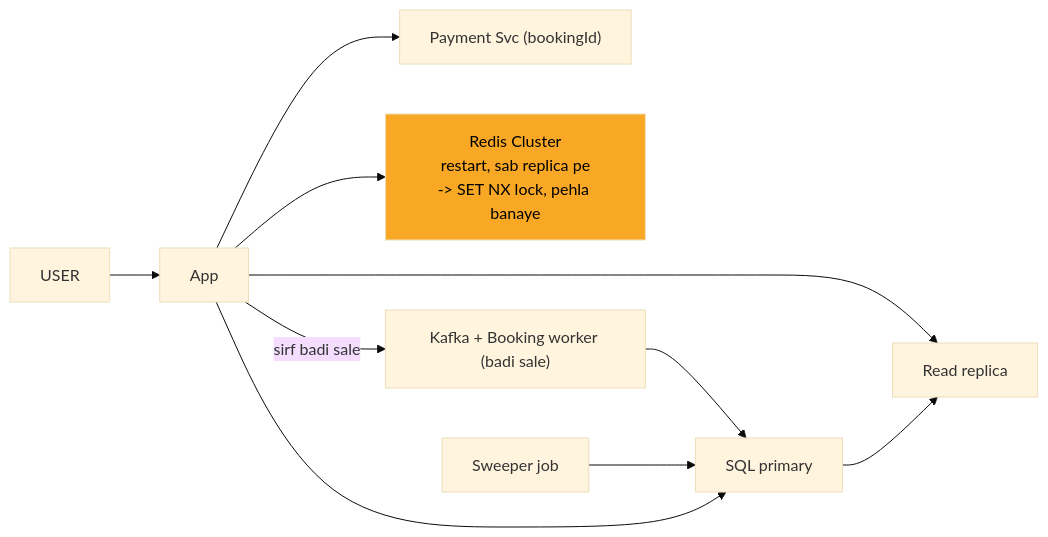
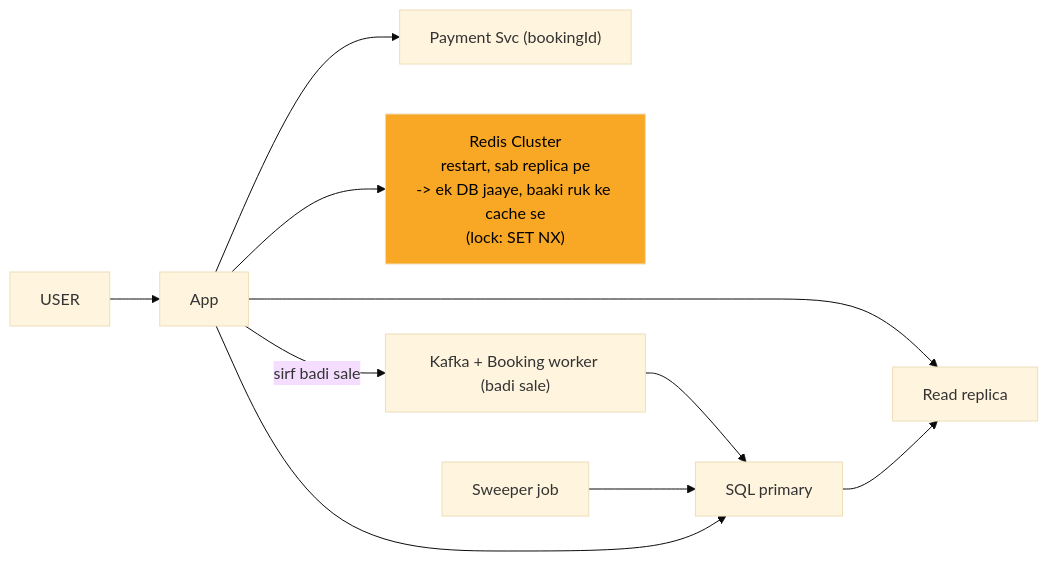
The seventh of 9 diagrams in 04_HLD/SYSTEM_DESIGNS/09_bookmyshow/09_bookmyshow_INTERVIEW.md (ArpanMaheshwari144/Prep), drawn with Mermaid (base theme) before and after one commit. The commit also changed other lines of this file and 13 other files, not shown here.

````diff
--- a/04_HLD/SYSTEM_DESIGNS/09_bookmyshow/09_bookmyshow_INTERVIEW.md
+++ b/04_HLD/SYSTEM_DESIGNS/09_bookmyshow/09_bookmyshow_INTERVIEW.md
@@ -247,21 +247,21 @@
 ```mermaid
 flowchart LR
     n_USER["USER"]
     n_App["App"]
     n_Payment_Svc["Payment Svc (bookingId)"]
-    n_Redis["Redis Cluster<br/>restart, sab replica pe<br/>-> SET NX lock, pehla banaye"]
+    n_Redis["Redis Cluster<br/>restart, sab replica pe<br/>-> ek DB jaaye, baaki ruk ke cache se<br/>(lock: SET NX)"]
     n_Read_replica["Read replica"]
     n_KB["Kafka + Booking worker (badi sale)"]
     n_SQL_primary["SQL primary"]
     n_Sweeper_job["Sweeper job"]
     n_USER --> n_App
     n_App --> n_Payment_Svc
     n_App --> n_Redis
     n_App --> n_Read_replica
     n_App --> |sirf badi sale| n_KB
     n_KB --> n_SQL_primary
     n_Sweeper_job --> n_SQL_primary
     n_App --> n_SQL_primary
     n_SQL_primary --> n_Read_replica
     style n_Redis fill:#f9a825,color:#000
 ```
````
